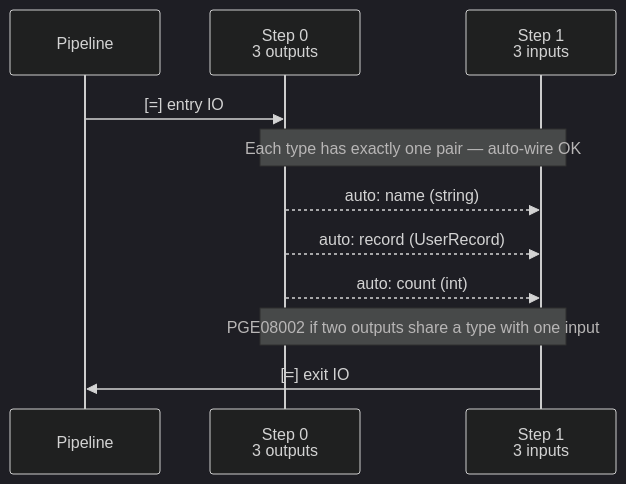
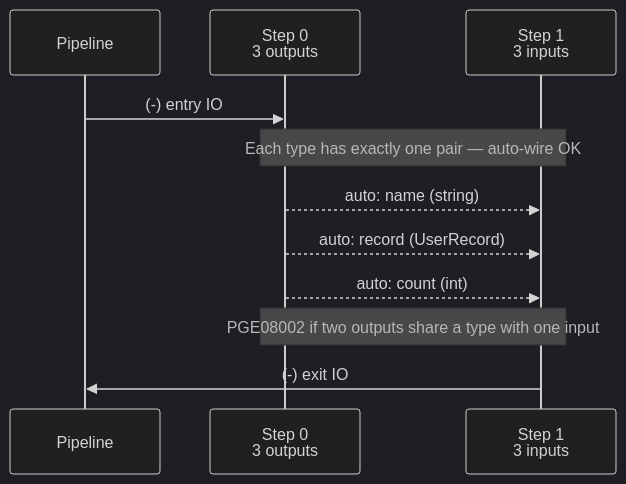
The second of 2 diagrams in docs/user/concepts/pipelines/chains.md (hasan-alj88/Polyglot), drawn with Mermaid (dark theme) before and after one commit. The commit also changed other lines of this file and 356 other files, not shown here.

````diff
--- a/docs/user/concepts/pipelines/chains.md
+++ b/docs/user/concepts/pipelines/chains.md
@@ -77,14 +77,14 @@
 ```mermaid
 sequenceDiagram
     participant P as Pipeline
     participant S0 as Step 0<br/>3 outputs
     participant S1 as Step 1<br/>3 inputs
 
-    P->>S0: [=] entry IO
+    P->>S0: (-) entry IO
     Note over S0,S1: Each type has exactly one pair — auto-wire OK
     S0-->>S1: auto: name (string)
     S0-->>S1: auto: record (UserRecord)
     S0-->>S1: auto: count (int)
     Note over S0,S1: PGE08002 if two outputs share a type with one input
-    S1->>P: [=] exit IO
+    S1->>P: (-) exit IO
 ```
````
